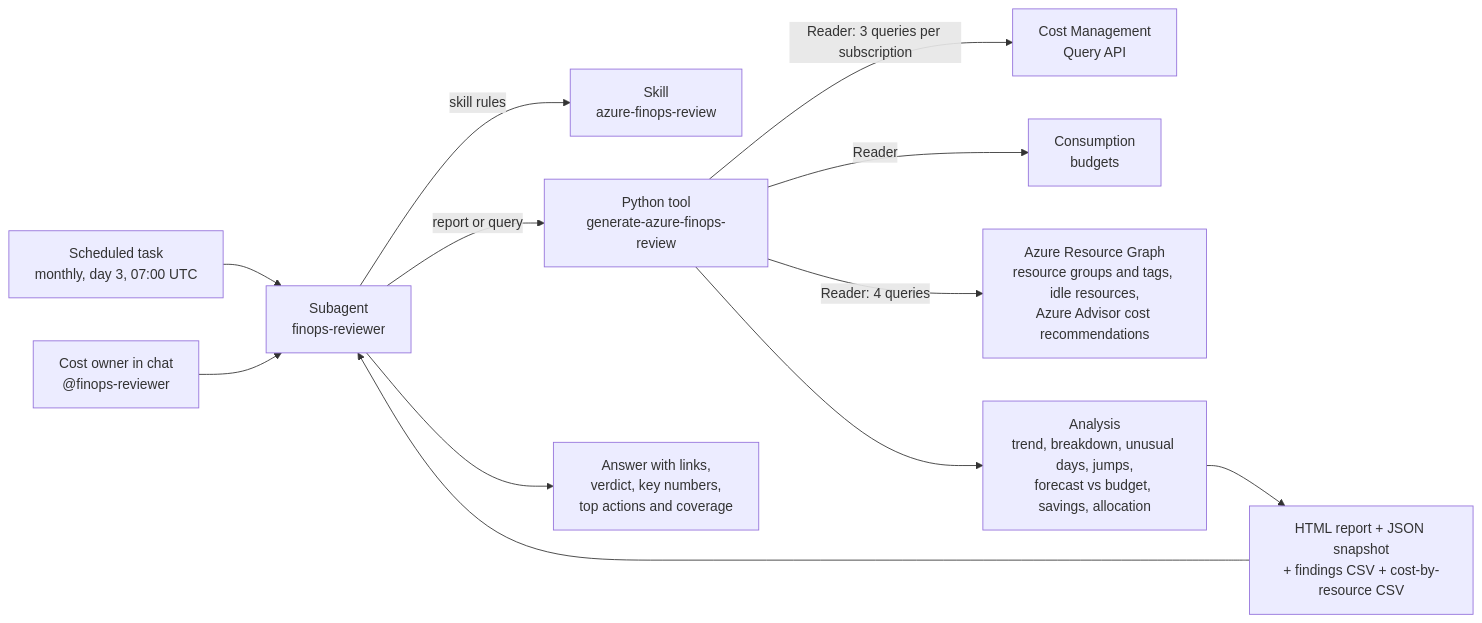
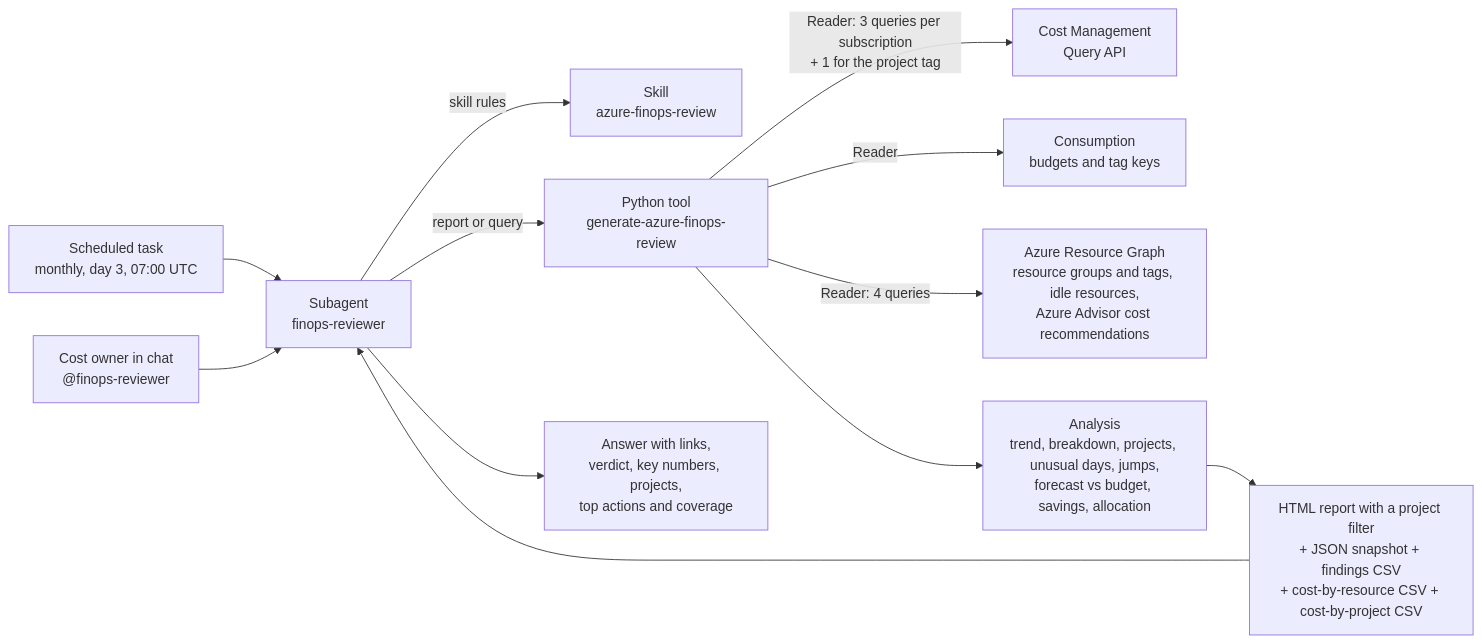
The diagram in 15-azure-finops-monthly-review/README.md (marioaguileraaa/sre-agent-use-cases), drawn with Mermaid before and after one commit. The commit also changed other lines of this file and 27 other files, not shown here.

First line of the commit message:
Case 15: cost by project with tag detection and a project filter

````diff
--- a/15-azure-finops-monthly-review/README.md
+++ b/15-azure-finops-monthly-review/README.md
@@ -106,14 +113,14 @@
 ```mermaid
 flowchart LR
     S[Scheduled task<br/>monthly, day 3, 07:00 UTC] --> A
     U[Cost owner in chat<br/>@finops-reviewer] --> A
     A[Subagent<br/>finops-reviewer] -->|skill rules| K[Skill<br/>azure-finops-review]
     A -->|"report or query"| T[Python tool<br/>generate-azure-finops-review]
-    T -->|"Reader: 3 queries per subscription"| CM[Cost Management<br/>Query API]
-    T -->|"Reader"| B[Consumption<br/>budgets]
+    T -->|"Reader: 3 queries per subscription<br/>+ 1 for the project tag"| CM[Cost Management<br/>Query API]
+    T -->|"Reader"| B[Consumption<br/>budgets and tag keys]
     T -->|"Reader: 4 queries"| ARG[Azure Resource Graph<br/>resource groups and tags, idle resources,<br/>Azure Advisor cost recommendations]
-    T --> C[Analysis<br/>trend, breakdown, unusual days, jumps,<br/>forecast vs budget, savings, allocation]
-    C --> R[HTML report + JSON snapshot<br/>+ findings CSV + cost-by-resource CSV]
+    T --> C[Analysis<br/>trend, breakdown, projects, unusual days, jumps,<br/>forecast vs budget, savings, allocation]
+    C --> R[HTML report with a project filter<br/>+ JSON snapshot + findings CSV<br/>+ cost-by-resource CSV + cost-by-project CSV]
     R --> A
-    A --> O[Answer with links,<br/>verdict, key numbers,<br/>top actions and coverage]
+    A --> O[Answer with links,<br/>verdict, key numbers, projects,<br/>top actions and coverage]
 ```
````
